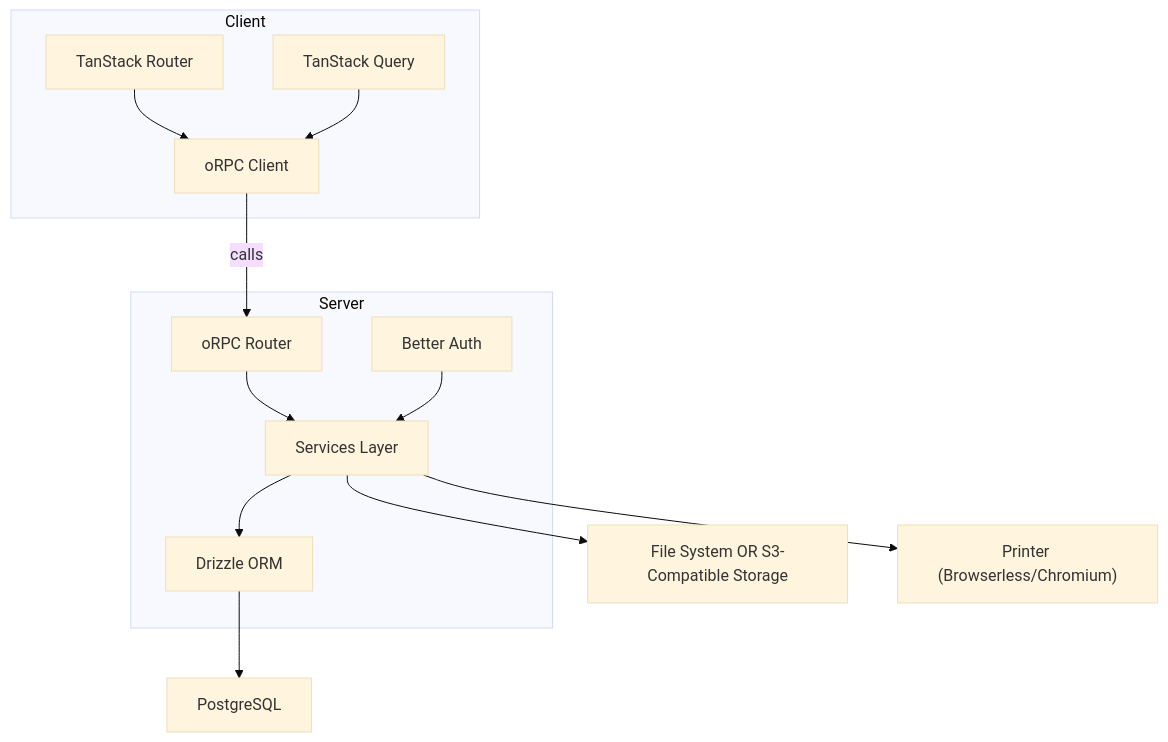
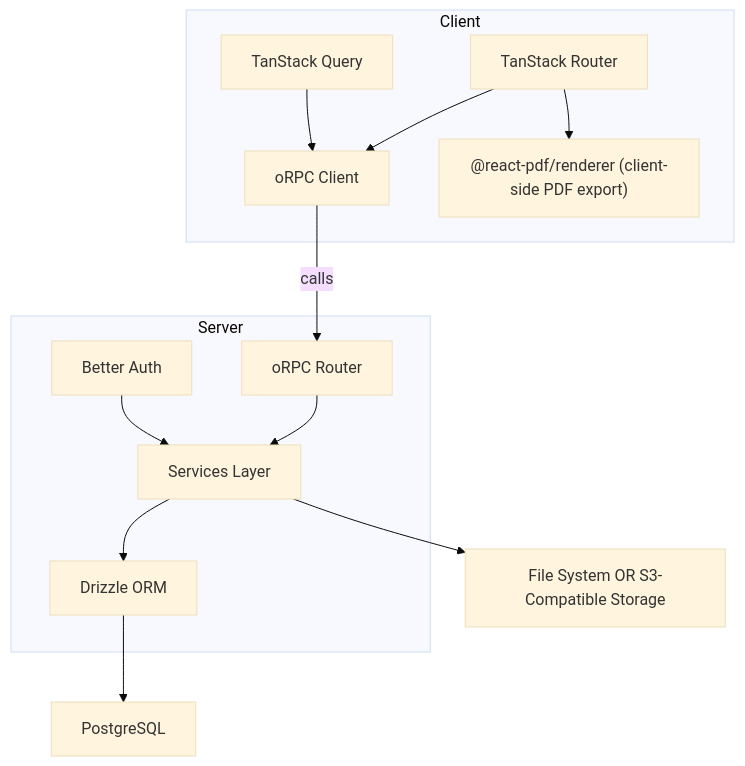
Before and after one commit to mexicanamerican/Reactive-Resume: the diagram in docs/contributing/architecture.mdx, drawn with Mermaid (base theme). The commit also changed other lines of this file and 1085 other files, not shown here.

````diff
--- a/docs/contributing/architecture.mdx
+++ b/docs/contributing/architecture.mdx
@@ -29,31 +29,31 @@
 ```mermaid
 flowchart TD
   %% Client Side
   subgraph Client ["Client"]
     Router["TanStack Router"]
     Query["TanStack Query"]
     ORPCClient["oRPC Client"]
+    PDF["@react-pdf/renderer (client-side PDF export)"]
   end
 
   %% Server Side
   subgraph Server ["Server"]
     ORPCRouter["oRPC Router"]
     Auth["Better Auth"]
     Services["Services Layer"]
     Drizzle["Drizzle ORM"]
   end
 
   Database["PostgreSQL"]
   Storage["File System OR S3-Compatible Storage"]
-  Printer["Printer (Browserless/Chromium)"]
 
   Router --> ORPCClient
   Query --> ORPCClient
   ORPCClient -- calls --> ORPCRouter
   ORPCRouter --> Services
   Auth --> Services
   Services --> Drizzle
   Drizzle --> Database
   Services --> Storage
-  Services --> Printer
+  Router --> PDF
 ```
````
